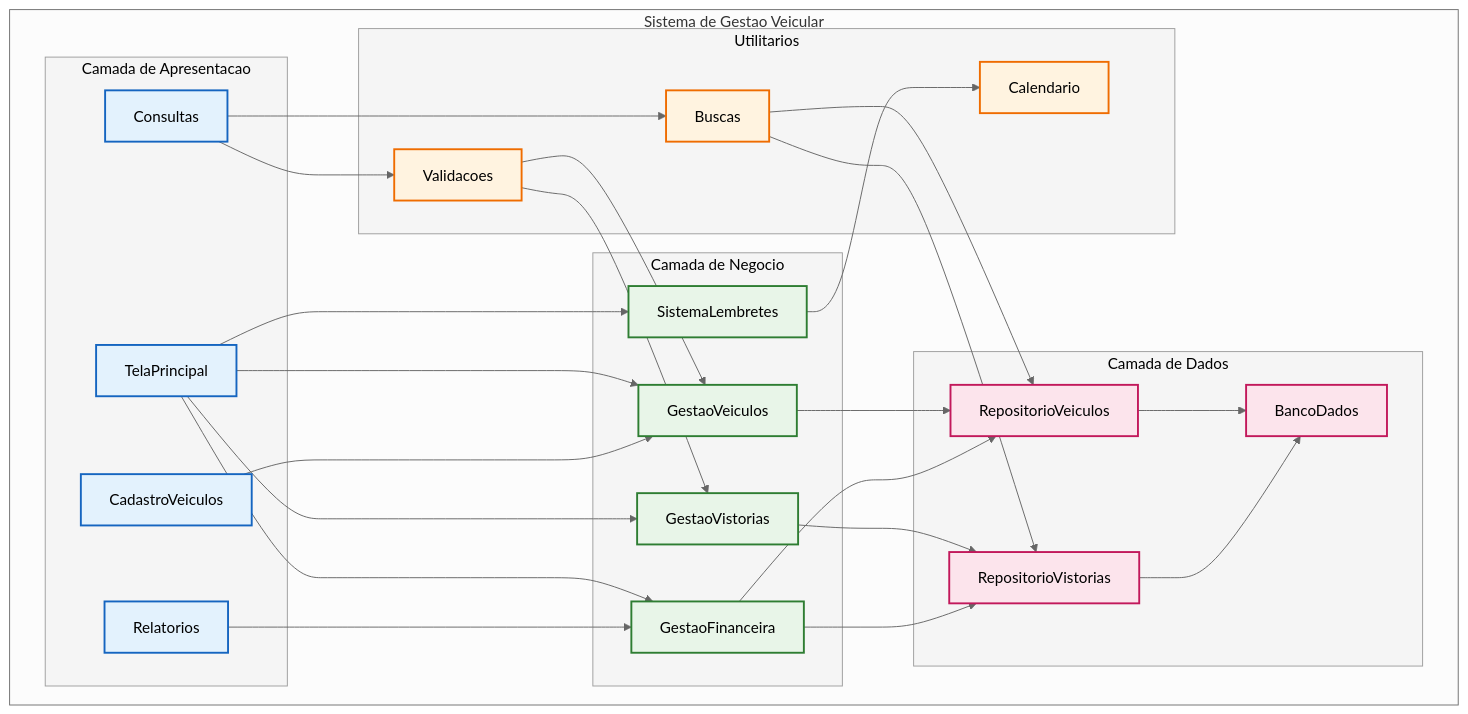
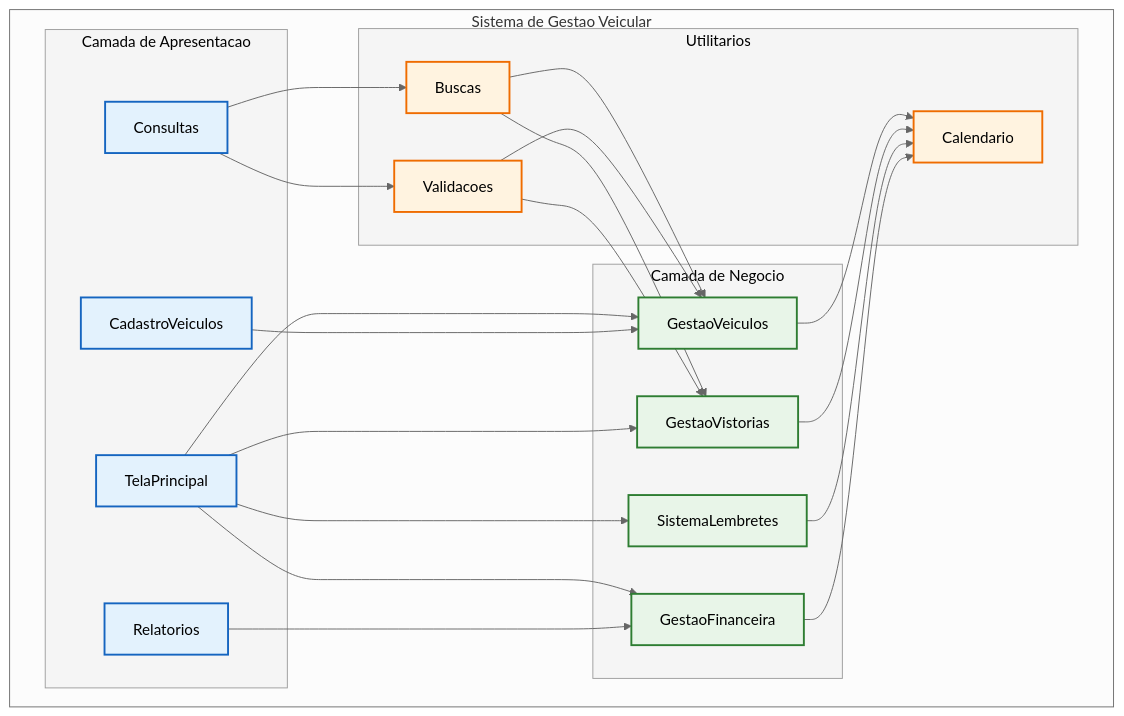
One commit to Annanicacio/Sistema-de-Gerenciamento changed the second of 2 diagrams in README.md. Above: the diagram before and after it, drawn with Mermaid (neutral theme). The commit also changed other lines of this file, not shown here.

````diff
--- a/README.md
+++ b/README.md
@@ -231,69 +231,57 @@
 ```mermaid
 graph TB
     %% Pacotes/Modules principais
     subgraph "Sistema de Gestao Veicular"
         subgraph PACOTE1 [Camada de Apresentacao]
             C1[TelaPrincipal]
             C2[CadastroVeiculos]
             C3[Consultas]
             C4[Relatorios]
         end
         
         subgraph PACOTE2 [Camada de Negocio]
             C5[GestaoVeiculos]
             C6[GestaoVistorias]
             C7[SistemaLembretes]
             C8[GestaoFinanceira]
         end
         
-        subgraph PACOTE3 [Camada de Dados]
-            C9[BancoDados]
-            C10[RepositorioVeiculos]
-            C11[RepositorioVistorias]
-        end
-        
-        subgraph PACOTE4 [Utilitarios]
-            C12[Calendario]
-            C13[Buscas]
-            C14[Validacoes]
+        subgraph PACOTE3 [Utilitarios]
+            C9[Calendario]
+            C10[Buscas]
+            C11[Validacoes]
         end
     end
 
     %% Dependencias entre componentes
     C1 --> C5
     C1 --> C6
     C1 --> C7
     C1 --> C8
     
     C2 --> C5
-    C3 --> C14
-    C3 --> C13
+    C3 --> C11
+    C3 --> C10
     C4 --> C8
     
-    C5 --> C10
-    C6 --> C11
-    C7 --> C12
-    C8 --> C10
-    C8 --> C11
+    C5 --> C9
+    C6 --> C9
+    C7 --> C9
+    C8 --> C9
     
-    C10 --> C9
-    C11 --> C9
-    C13 --> C10
-    C13 --> C11
-    
-    C14 --> C5
-    C14 --> C6
+    C10 --> C5
+    C10 --> C6
+    C11 --> C5
+    C11 --> C6
 
     %% Estilizacao
     classDef presentation fill:#e3f2fd,stroke:#1565c0,stroke-width:2px,color:#000000
     classDef business fill:#e8f5e8,stroke:#2e7d32,stroke-width:2px,color:#000000
-    classDef data fill:#fce4ec,stroke:#c2185b,stroke-width:2px,color:#000000
     classDef utils fill:#fff3e0,stroke:#ef6c00,stroke-width:2px,color:#000000
     classDef package fill:#f5f5f5,stroke:#9e9e9e,stroke-width:1px,color:#000000
     
     class C1,C2,C3,C4 presentation
     class C5,C6,C7,C8 business
-    class C9,C10,C11 data
-    class C12,C13,C14 utils
-    class PACOTE1,PACOTE2,PACOTE3,PACOTE4 package
+    class C9,C10,C11 utils
+    class PACOTE1,PACOTE2,PACOTE3 package
 ```
````
